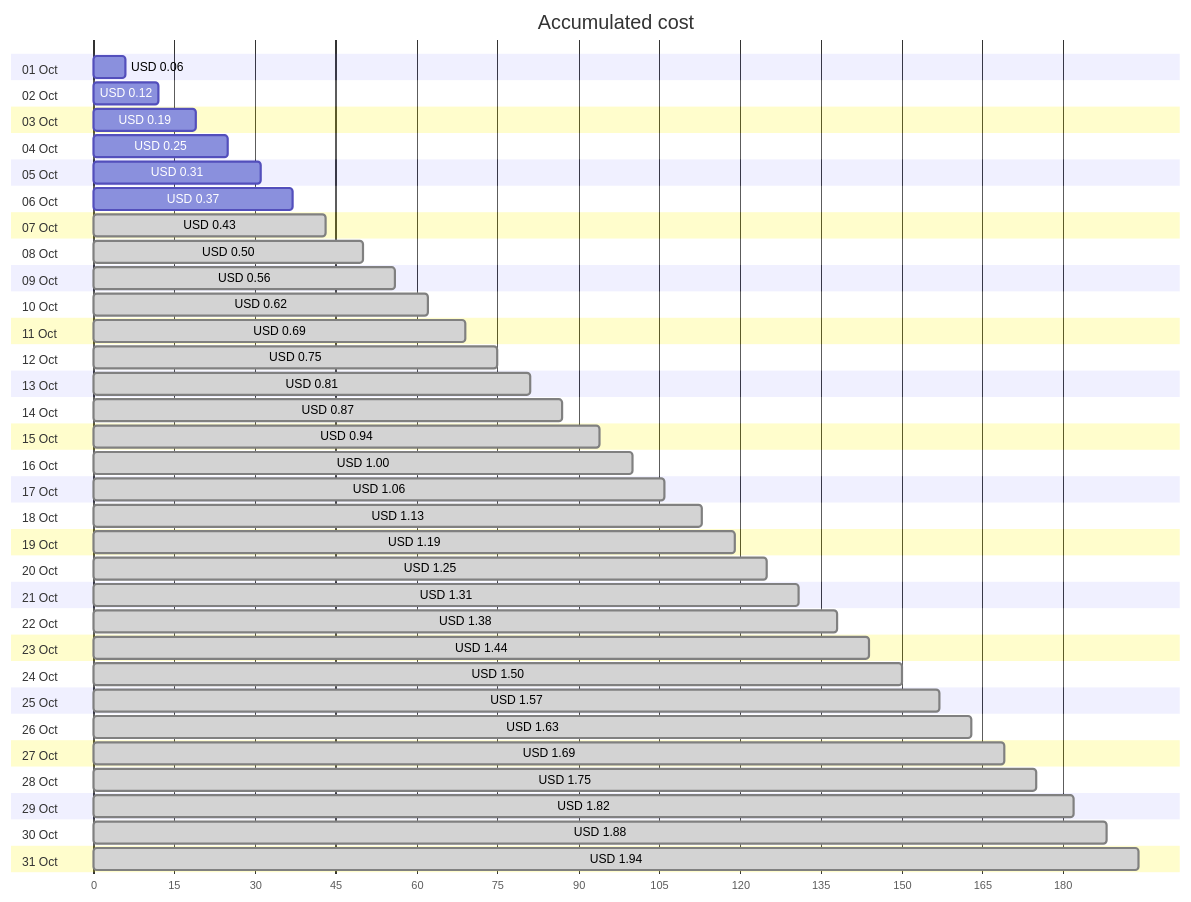
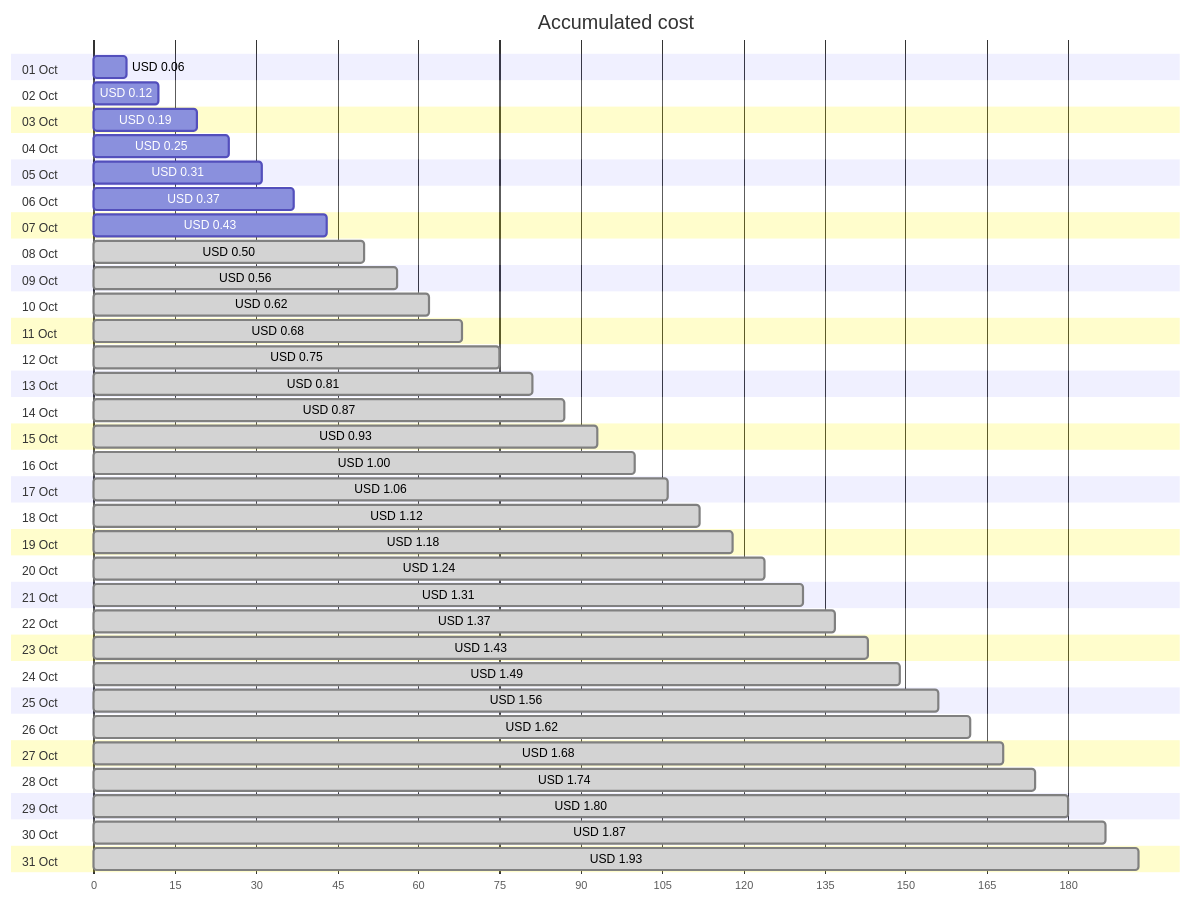
Before and after one commit to jpfulton/azure-personal-reports: the first of 4 diagrams in cost-reports/personal-network/vpn-server_OsDisk.md, drawn with Mermaid. The commit also changed other lines of this file and 8 other files, not shown here.

````diff
--- a/cost-reports/personal-network/vpn-server_OsDisk.md
+++ b/cost-reports/personal-network/vpn-server_OsDisk.md
@@ -20,68 +20,68 @@
 ```mermaid
 gantt
    title Accumulated cost
    dateFormat  X
    axisFormat %s
    section 01 Oct
    USD 0.06 :0, 6
    section 02 Oct
    USD 0.12 :0, 12
    section 03 Oct
    USD 0.19 :0, 19
    section 04 Oct
    USD 0.25 :0, 25
    section 05 Oct
    USD 0.31 :0, 31
    section 06 Oct
    USD 0.37 :0, 37
    section 07 Oct
-   USD 0.43 : done, 0, 43
+   USD 0.43 :0, 43
    section 08 Oct
    USD 0.50 : done, 0, 50
    section 09 Oct
    USD 0.56 : done, 0, 56
    section 10 Oct
    USD 0.62 : done, 0, 62
    section 11 Oct
-   USD 0.69 : done, 0, 69
+   USD 0.68 : done, 0, 68
    section 12 Oct
    USD 0.75 : done, 0, 75
    section 13 Oct
    USD 0.81 : done, 0, 81
    section 14 Oct
    USD 0.87 : done, 0, 87
    section 15 Oct
-   USD 0.94 : done, 0, 94
+   USD 0.93 : done, 0, 93
    section 16 Oct
    USD 1.00 : done, 0, 100
    section 17 Oct
    USD 1.06 : done, 0, 106
    section 18 Oct
-   USD 1.13 : done, 0, 113
+   USD 1.12 : done, 0, 112
    section 19 Oct
-   USD 1.19 : done, 0, 119
+   USD 1.18 : done, 0, 118
    section 20 Oct
-   USD 1.25 : done, 0, 125
+   USD 1.24 : done, 0, 124
    section 21 Oct
    USD 1.31 : done, 0, 131
    section 22 Oct
-   USD 1.38 : done, 0, 138
+   USD 1.37 : done, 0, 137
    section 23 Oct
-   USD 1.44 : done, 0, 144
+   USD 1.43 : done, 0, 143
    section 24 Oct
-   USD 1.50 : done, 0, 150
+   USD 1.49 : done, 0, 149
    section 25 Oct
-   USD 1.57 : done, 0, 157
+   USD 1.56 : done, 0, 156
    section 26 Oct
-   USD 1.63 : done, 0, 163
+   USD 1.62 : done, 0, 162
    section 27 Oct
-   USD 1.69 : done, 0, 169
+   USD 1.68 : done, 0, 168
    section 28 Oct
-   USD 1.75 : done, 0, 175
+   USD 1.74 : done, 0, 174
    section 29 Oct
-   USD 1.82 : done, 0, 182
+   USD 1.80 : done, 0, 180
    section 30 Oct
-   USD 1.88 : done, 0, 188
+   USD 1.87 : done, 0, 187
    section 31 Oct
-   USD 1.94 : done, 0, 194
+   USD 1.93 : done, 0, 193
 ```
````
